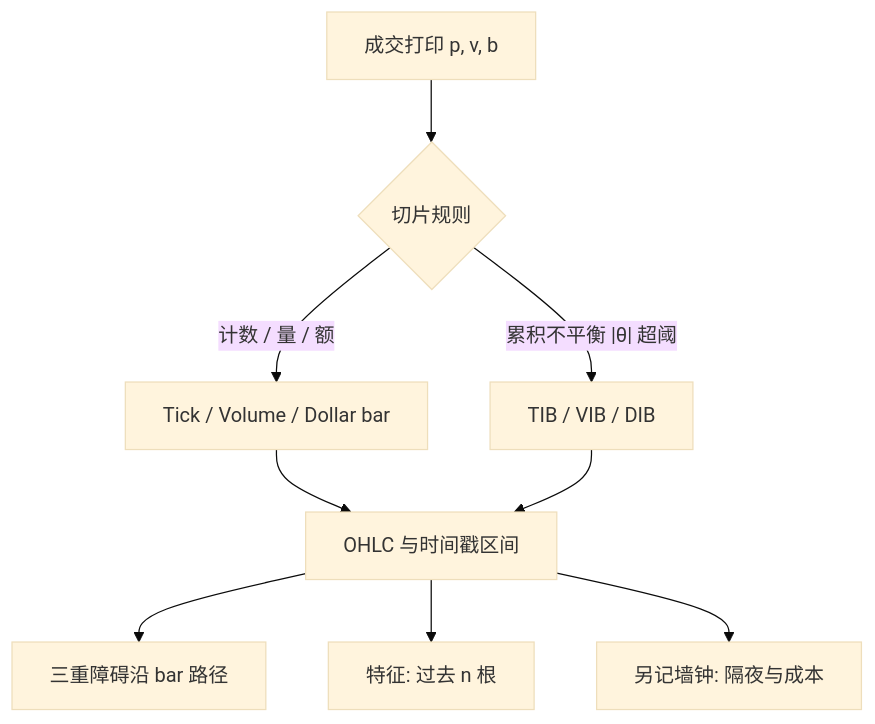
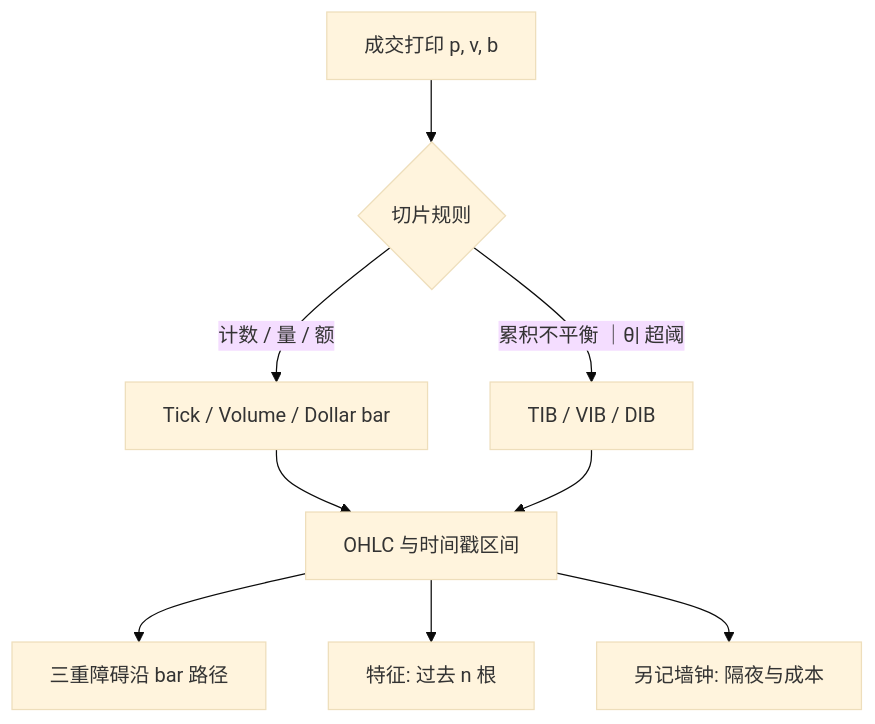
One commit to xhongduo-tech/xhongduo-tech.github.io changed the second of 2 diagrams in docs/quant/imbalance-bars.md. Above: the diagram before and after it, drawn with Mermaid (base theme). The commit also changed other lines of this file and 291 other files, not shown here.

Commit message:
Normalize lesson titles to tree names and repair mermaid arrow/quote syntax site-wide.

````diff
--- a/docs/quant/imbalance-bars.md
+++ b/docs/quant/imbalance-bars.md
@@ -78,11 +78,11 @@
 ```mermaid
 flowchart TD
   TICK["成交打印 p, v, b"] --> REG{"切片规则"}
   REG -->|"计数 / 量 / 额"| BAR["Tick / Volume / Dollar bar"]
-  REG -->|"累积不平衡 |θ| 超阈"| IMB["TIB / VIB / DIB"]
+  REG -->|"累积不平衡 ｜θ| 超阈"| IMB["TIB / VIB / DIB"]
   BAR --> OHLC["OHLC 与时间戳区间"]
   IMB --> OHLC
   OHLC --> TB["三重障碍沿 bar 路径"]
   OHLC --> X["特征: 过去 n 根"]
   OHLC --> CLK["另记墙钟: 隔夜与成本"]
 ```
````
